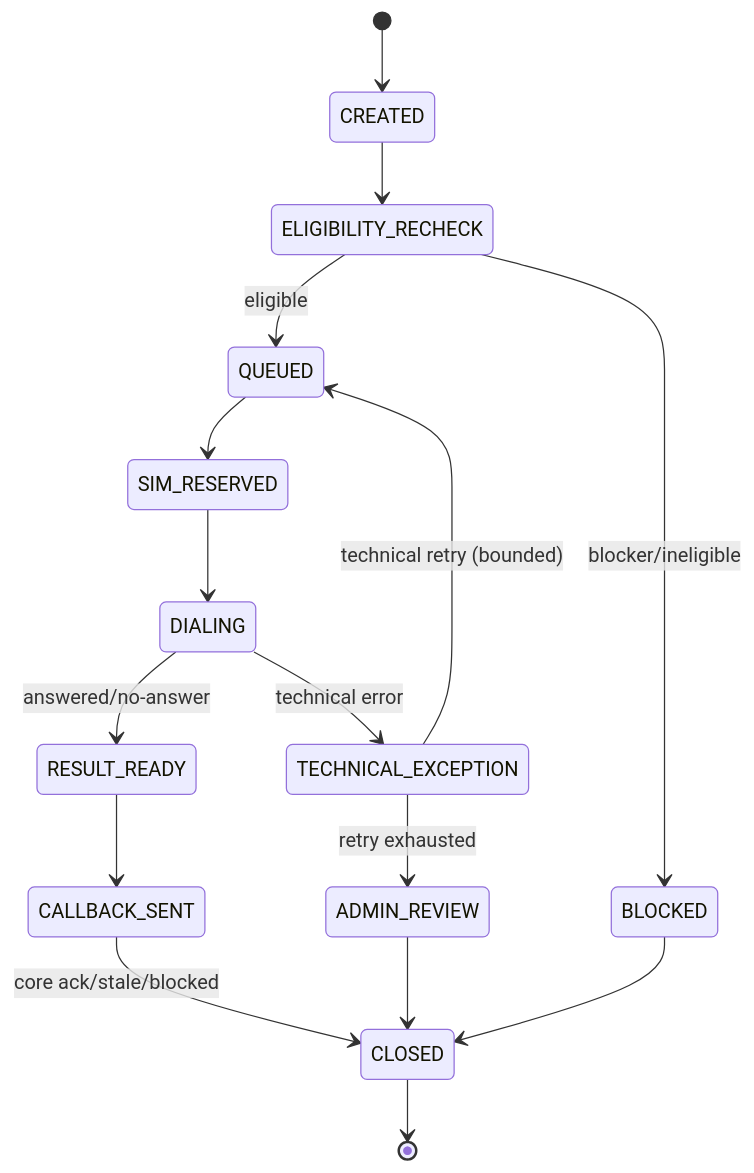
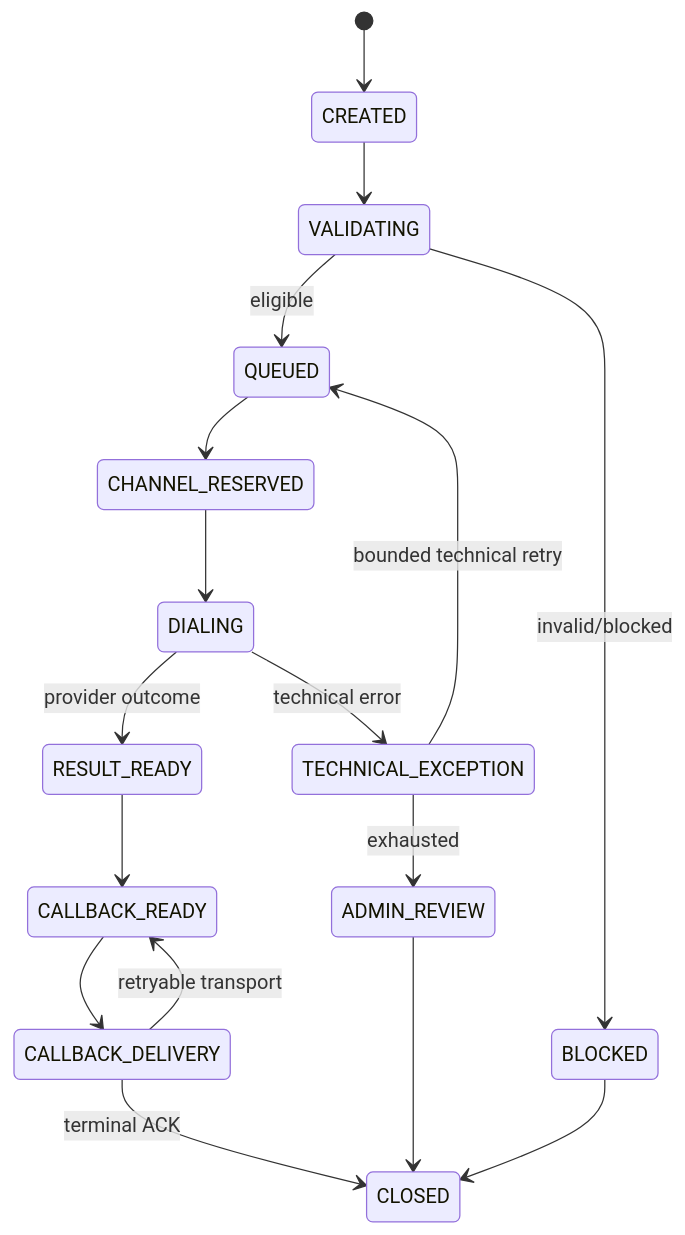
The diagram in specs/workflows/09-state-machines.md (ngquoctoan2001/ginsengfood-ivr), drawn with Mermaid before and after one commit. The commit also changed other lines of this file and 113 other files, not shown here.

````diff
--- a/specs/workflows/09-state-machines.md
+++ b/specs/workflows/09-state-machines.md
@@ -6,18 +7,19 @@
 ```mermaid
 stateDiagram-v2
     [*] --> CREATED
-    CREATED --> ELIGIBILITY_RECHECK
-    ELIGIBILITY_RECHECK --> QUEUED: eligible
-    ELIGIBILITY_RECHECK --> BLOCKED: blocker/ineligible
-    QUEUED --> SIM_RESERVED
-    SIM_RESERVED --> DIALING
-    DIALING --> RESULT_READY: answered/no-answer
+    CREATED --> VALIDATING
+    VALIDATING --> QUEUED: eligible
+    VALIDATING --> BLOCKED: invalid/blocked
+    QUEUED --> CHANNEL_RESERVED
+    CHANNEL_RESERVED --> DIALING
+    DIALING --> RESULT_READY: provider outcome
     DIALING --> TECHNICAL_EXCEPTION: technical error
-    RESULT_READY --> CALLBACK_SENT
-    TECHNICAL_EXCEPTION --> QUEUED: technical retry (bounded)
-    TECHNICAL_EXCEPTION --> ADMIN_REVIEW: retry exhausted
-    CALLBACK_SENT --> CLOSED: core ack/stale/blocked
+    TECHNICAL_EXCEPTION --> QUEUED: bounded technical retry
+    TECHNICAL_EXCEPTION --> ADMIN_REVIEW: exhausted
+    RESULT_READY --> CALLBACK_READY
+    CALLBACK_READY --> CALLBACK_DELIVERY
+    CALLBACK_DELIVERY --> CLOSED: terminal ACK
+    CALLBACK_DELIVERY --> CALLBACK_READY: retryable transport
     BLOCKED --> CLOSED
     ADMIN_REVIEW --> CLOSED
-    CLOSED --> [*]
 ```
````
